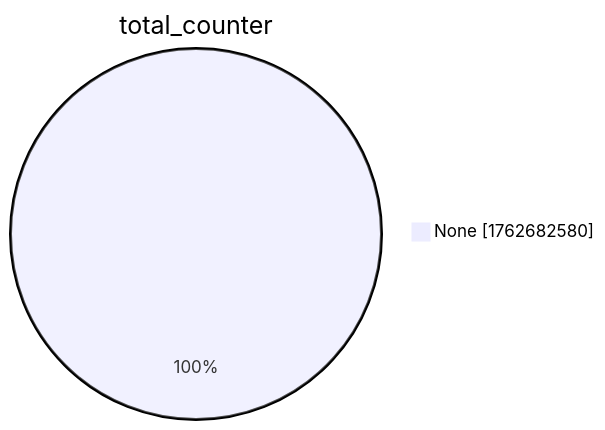
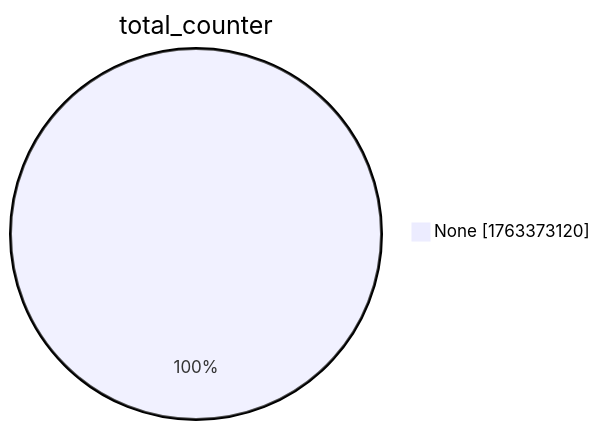
One commit to christiankrug/ctmonitor_visualization changed the second of 15 diagrams in xenon2022/README.md. Above: the diagram before and after it, drawn with Mermaid. The commit also changed other lines of this file, not shown here.

````diff
--- a/xenon2022/README.md
+++ b/xenon2022/README.md
@@ -9,5 +9,5 @@
 ```mermaid
 pie showData
 title total_counter
-"None" :1762682580
+"None" :1763373120
 ```
````
